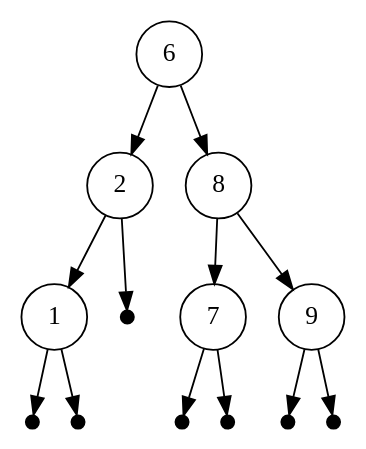
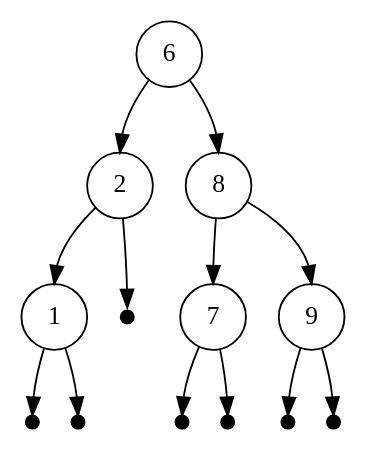
The diagram in Slides/Diagrams/Tree.dot (joel-wright/ZipperHS), drawn with Graphviz before and after one commit. The commit also changed 9 other files, not shown here.

```diff
--- a/Slides/Diagrams/Tree.dot
+++ b/Slides/Diagrams/Tree.dot
@@ -1,29 +1,30 @@
 digraph T {
    bgcolor = "#FFFFFF00";
    node [shape = circle];
    node0[label = "6"];
    node1[label = "2"];
    node3[label = "1"];
    node4[label = "8"];
    node5[label = "7"];
    node6[label = "9"];
    leaf1[shape = point, fixedsize=true, width=.1, height=.1];
    leaf2[shape = point, fixedsize=true, width=.1, height=.1];
    leaf3[shape = point, fixedsize=true, width=.1, height=.1];
    leaf4[shape = point, fixedsize=true, width=.1, height=.1];
    leaf5[shape = point, fixedsize=true, width=.1, height=.1];
    leaf6[shape = point, fixedsize=true, width=.1, height=.1];
    leaf7[shape = point, fixedsize=true, width=.1, height=.1];
+   edge[headport = n];
    "node0" -> "node1";
    "node1" -> "node3";
    "node0" -> "node4";
    "node4" -> "node5";
    "node4" -> "node6";
    "node1" -> "leaf1";
    "node3" -> "leaf2";
    "node3" -> "leaf3";
    "node5" -> "leaf4";
    "node5" -> "leaf5";
    "node6" -> "leaf6";
    "node6" -> "leaf7";
 }
```
